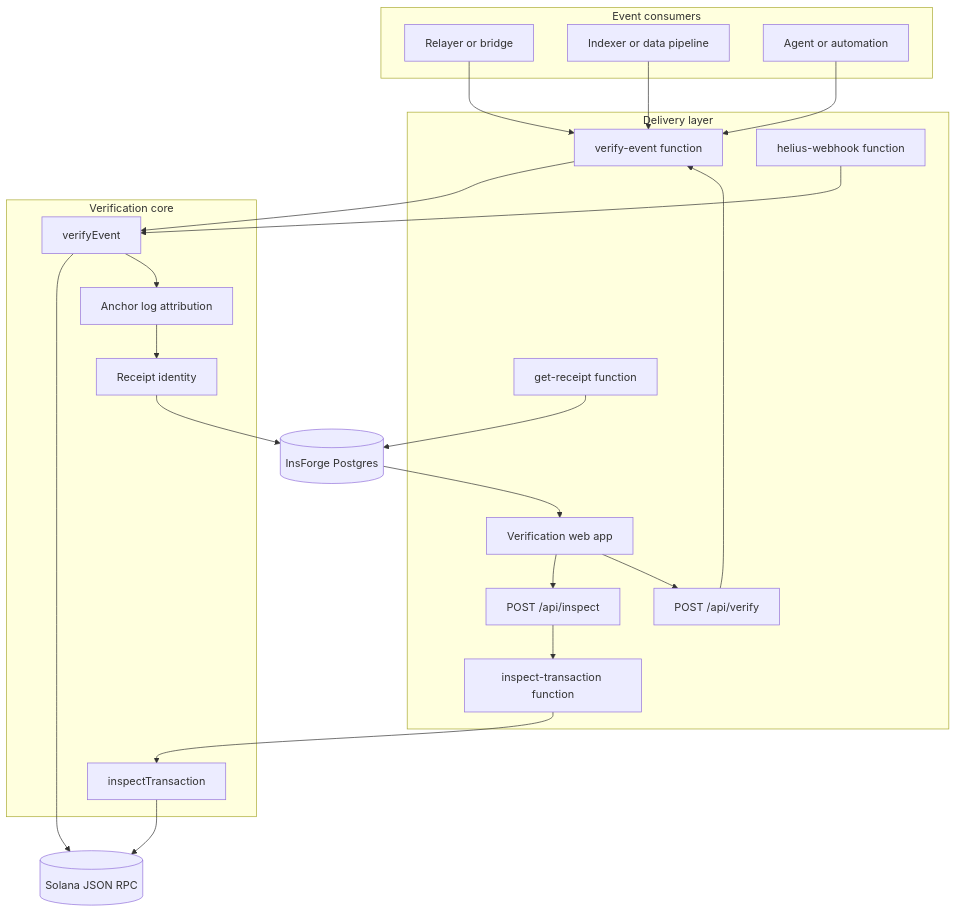
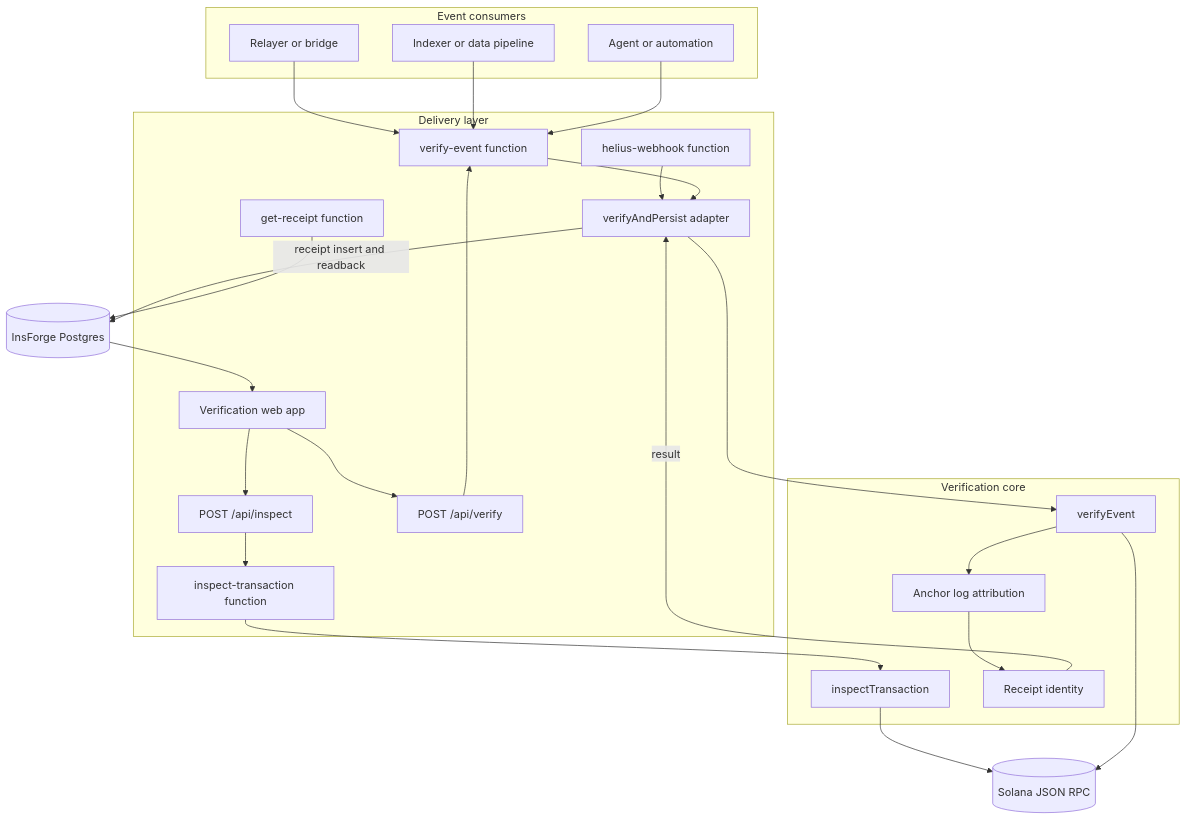
One commit to abhigyan1102/event-seal changed the first of 2 diagrams in docs/architecture.md. Above: the diagram before and after it, drawn with Mermaid. The commit also changed other lines of this file, not shown here.

Commit message:
docs: clarify hosted receipt persistence boundary

````diff
--- a/docs/architecture.md
+++ b/docs/architecture.md
@@ -7,46 +7,49 @@
 ```mermaid
 flowchart TB
   subgraph Consumers["Event consumers"]
     Relayer["Relayer or bridge"]
     Indexer["Indexer or data pipeline"]
     Agent["Agent or automation"]
   end
 
   subgraph Delivery["Delivery layer"]
     Web["Verification web app"]
     InspectRoute["POST /api/inspect"]
     VerifyRoute["POST /api/verify"]
     InspectFunction["inspect-transaction function"]
     VerifyFunction["verify-event function"]
     HeliusFunction["helius-webhook function"]
     ReceiptFunction["get-receipt function"]
+    Writer["verifyAndPersist adapter"]
   end
 
   subgraph Core["Verification core"]
     Inspector["inspectTransaction"]
     Verifier["verifyEvent"]
     Attribution["Anchor log attribution"]
     Identity["Receipt identity"]
   end
 
   RPC[("Solana JSON RPC")]
   Database[("InsForge Postgres")]
 
   Relayer --> VerifyFunction
   Indexer --> VerifyFunction
   Agent --> VerifyFunction
   Web --> InspectRoute
   Web --> VerifyRoute
   InspectRoute --> InspectFunction
   VerifyRoute --> VerifyFunction
   InspectFunction --> Inspector
   Inspector --> RPC
-  HeliusFunction --> Verifier
-  VerifyFunction --> Verifier
+  HeliusFunction --> Writer
+  VerifyFunction --> Writer
+  Writer --> Verifier
   Verifier --> RPC
   Verifier --> Attribution
   Attribution --> Identity
-  Identity --> Database
+  Identity -->|"result"| Writer
+  Writer -->|"receipt insert and readback"| Database
   ReceiptFunction --> Database
   Database --> Web
 ```
````
